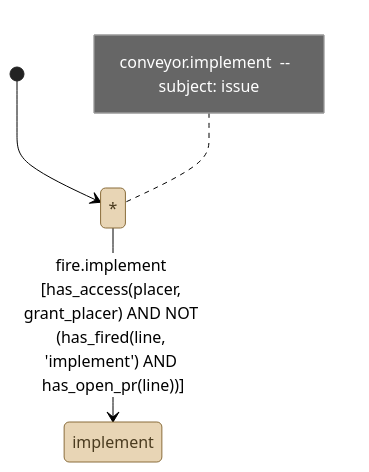
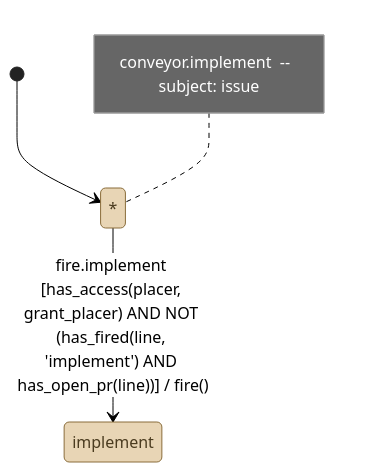
The diagram in .github/conveyor-model/mermaid/conveyor_implement.mmd (kostiantyn-matsebora/agent-ops-operator), drawn with Mermaid (neutral theme) before and after one commit. The commit also changed 10 other files, not shown here.

```diff
--- a/.github/conveyor-model/mermaid/conveyor_implement.mmd
+++ b/.github/conveyor-model/mermaid/conveyor_implement.mmd
@@ -1,15 +1,15 @@
 stateDiagram-v2
     [*] --> any_state
     note left of any_state
         conveyor.implement  --  subject: issue
     end note
     classDef stationState fill:#e8d5b5,stroke:#8a6d3b,color:#4a3b1f
     classDef loopState fill:#c9e4de,stroke:#2f6b5e,color:#1a3b33
     state "*" as any_state
     state none
     state implement
     state fix
     state merge
     state stalled
-    any_state --> implement : fire.implement [has_access(placer, grant_placer) AND NOT (has_fired(line, 'implement') AND has_open_pr(line))]
+    any_state --> implement : fire.implement [has_access(placer, grant_placer) AND NOT (has_fired(line, 'implement') AND has_open_pr(line))] / fire()
     class none, implement, fix, merge, stalled, any_state stationState
```
